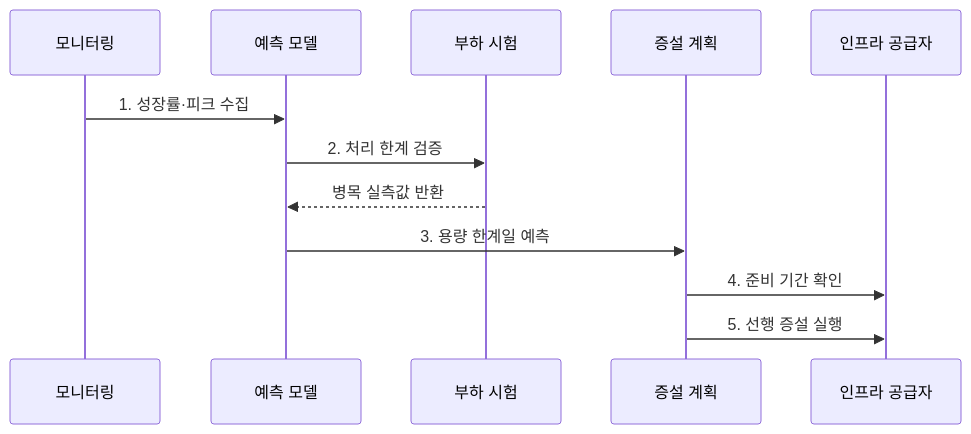
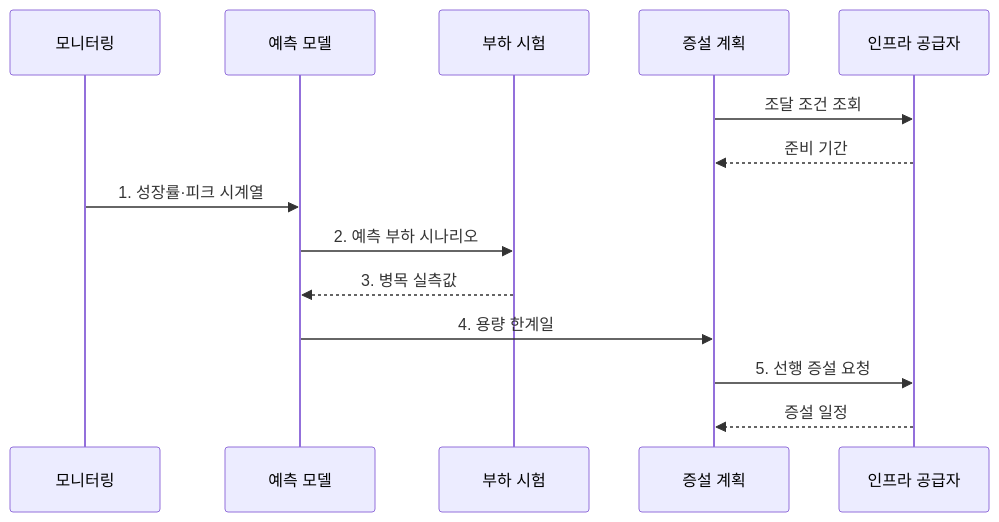
One commit to agnusdei1207/knowledge-base changed the second of 2 diagrams in src/content/docs/notes/03-software/101_db_capacity_planning.md. Above: the diagram before and after it, drawn with Mermaid. The commit also changed other lines of this file and 20 other files, not shown here.

````diff
--- a/src/content/docs/notes/03-software/101_db_capacity_planning.md
+++ b/src/content/docs/notes/03-software/101_db_capacity_planning.md
@@ -83,14 +93,16 @@
 ```mermaid
 sequenceDiagram
     participant M as 모니터링
     participant F as 예측 모델
     participant T as 부하 시험
     participant P as 증설 계획
     participant I as 인프라 공급자
-    M->>F: 1. 성장률·피크 수집
-    F->>T: 2. 처리 한계 검증
-    T-->>F: 병목 실측값 반환
-    F->>P: 3. 용량 한계일 예측
-    P->>I: 4. 준비 기간 확인
-    P->>I: 5. 선행 증설 실행
+    P->>I: 조달 조건 조회
+    I-->>P: 준비 기간
+    M->>F: 1. 성장률·피크 시계열
+    F->>T: 2. 예측 부하 시나리오
+    T-->>F: 3. 병목 실측값
+    F->>P: 4. 용량 한계일
+    P->>I: 5. 선행 증설 요청
+    I-->>P: 증설 일정
 ```
````
